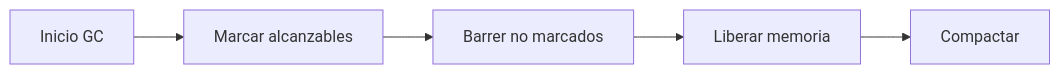
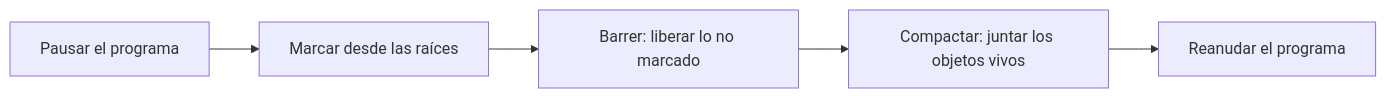
The second of 2 diagrams in public/documents/semester-1/3/1362.md (djaimej/computer-science-template), drawn with Mermaid before and after one commit. The commit also changed other lines of this file and 3 other files, not shown here.

````diff
--- a/public/documents/semester-1/3/1362.md
+++ b/public/documents/semester-1/3/1362.md
@@ -78,7 +64,7 @@
 ```mermaid
-graph LR
-    A[Inicio GC] --> B[Marcar alcanzables]
-    B --> C[Barrer no marcados]
-    C --> D[Liberar memoria]
-    D --> E[Compactar]
+flowchart LR
+  P["Pausar el programa"] --> M["Marcar desde las raíces"]
+  M --> B["Barrer: liberar lo no marcado"]
+  B --> C["Compactar: juntar los objetos vivos"]
+  C --> R["Reanudar el programa"]
 ```
````
